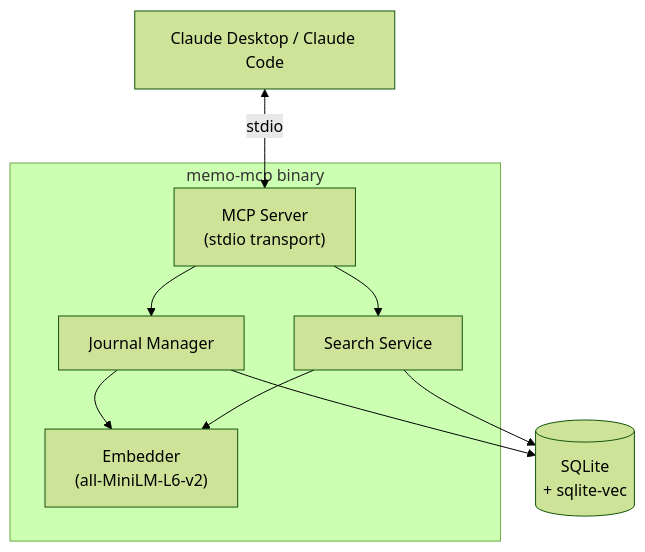
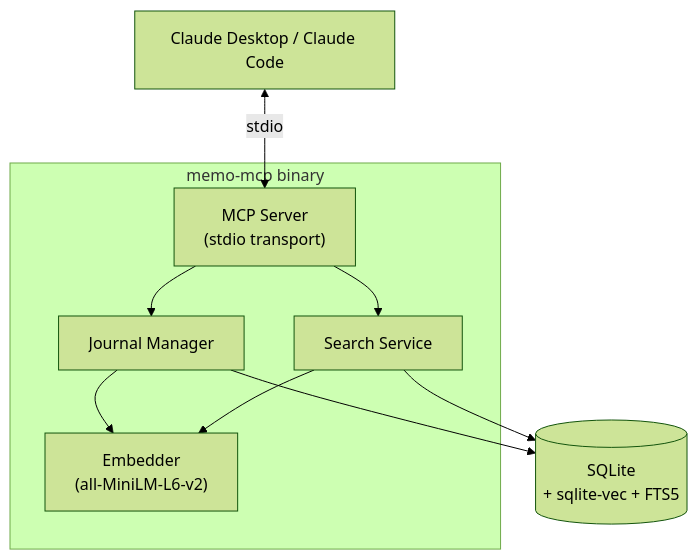
One commit to kKEo/memory-find changed the third of 7 diagrams in slides.md. Above: the diagram before and after it, drawn with Mermaid (forest theme). The commit also changed other lines of this file and 18 other files, not shown here.

````diff
--- a/slides.md
+++ b/slides.md
@@ -122,19 +198,19 @@
 ```mermaid
 flowchart TB
     Claude["Claude Desktop / Claude Code"]
     subgraph Server["memo-mcp binary"]
-        MCP["MCP Server\n(stdio transport)"]
+        MCP["MCP Server<br/>(stdio transport)"]
         J["Journal Manager"]
         S["Search Service"]
-        E["Embedder\n(all-MiniLM-L6-v2)"]
+        E["Embedder<br/>(all-MiniLM-L6-v2)"]
     end
-    DB[("SQLite\n+ sqlite-vec")]
+    DB[("SQLite<br/>+ sqlite-vec + FTS5")]
 
     Claude <-->|stdio| MCP
     MCP --> J
     MCP --> S
     J --> E
     J --> DB
     S --> E
     S --> DB
 ```
````
